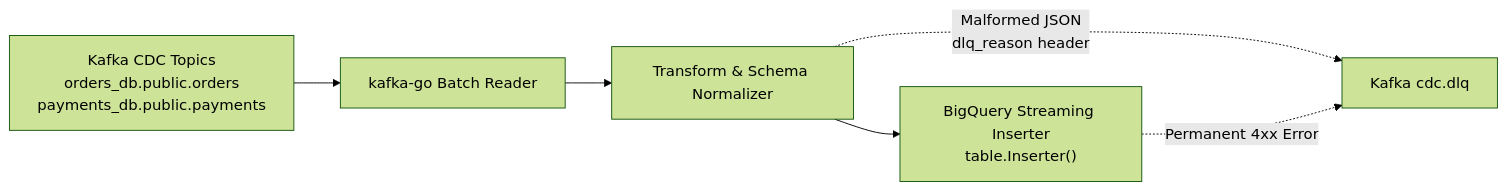
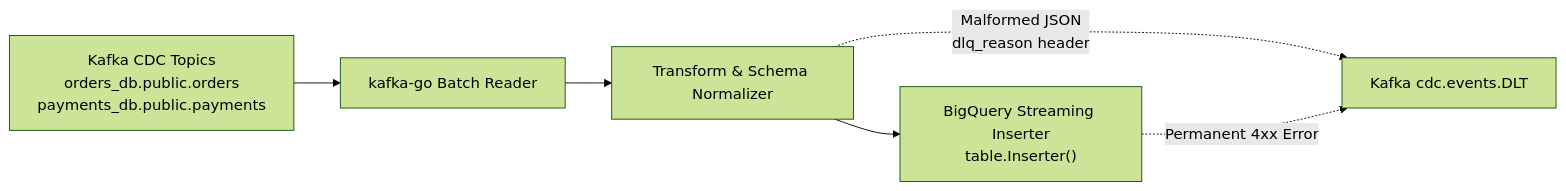
Diagram 20 of 25 in docs/architecture/LLD.md (sunitakeazycommerz-a11y/InstaCommerce), drawn with Mermaid (forest theme) before and after one commit. The commit also changed other lines of this file and 124 other files, not shown here.

Commit message:
docs: synchronize root, architecture, ADR, service, and archive docs with codebase truth

````diff
--- a/docs/architecture/LLD.md
+++ b/docs/architecture/LLD.md
@@ -1056,8 +1056,8 @@
 ```mermaid
 flowchart LR
     Kafka["Kafka CDC Topics<br/>orders_db.public.orders<br/>payments_db.public.payments"] --> Reader["kafka-go Batch Reader"]
     Reader --> Transform["Transform & Schema Normalizer"]
     Transform --> BQ["BigQuery Streaming Inserter<br/>table.Inserter()"]
-    Transform -. "Malformed JSON<br/>dlq_reason header" .-> DLQ["Kafka cdc.dlq"]
+    Transform -. "Malformed JSON<br/>dlq_reason header" .-> DLQ["Kafka cdc.events.DLT"]
     BQ -. "Permanent 4xx Error" .-> DLQ
 ```
````
